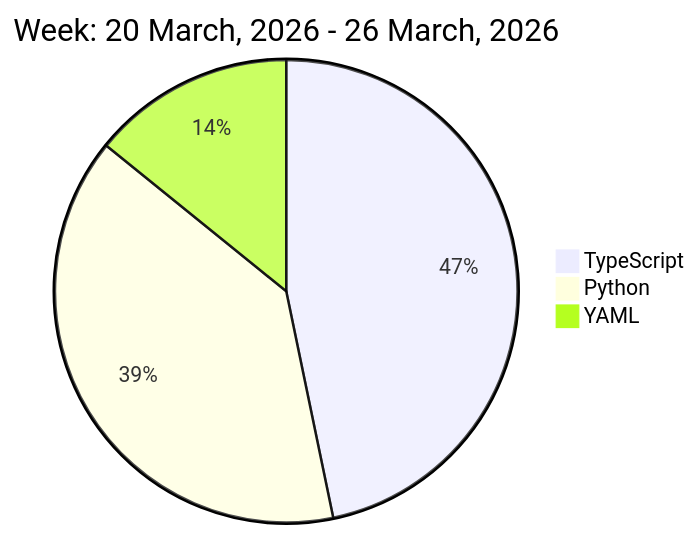
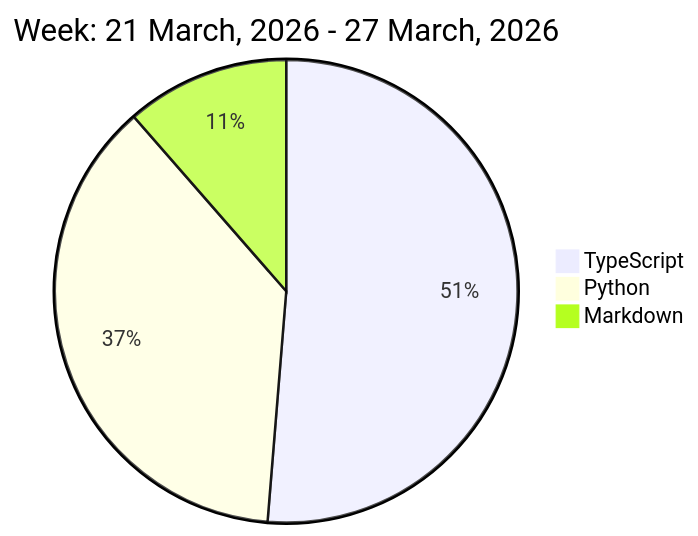
One commit to liubin95/liubin95 changed the diagram in README.md. Above: the diagram before and after it, drawn with Mermaid.

Commit message:
Updated the Graph with new Metrics

````diff
--- a/README.md
+++ b/README.md
@@ -32,7 +32,7 @@
 ```mermaid
  pie
-title Week: 20 March, 2026 - 26 March, 2026
- "TypeScript" : 9.47
- "Python" : 7.92
- "YAML" : 2.87
+title Week: 21 March, 2026 - 27 March, 2026
+ "TypeScript" : 10.55
+ "Python" : 7.67
+ "Markdown" : 2.35
 ```
````
